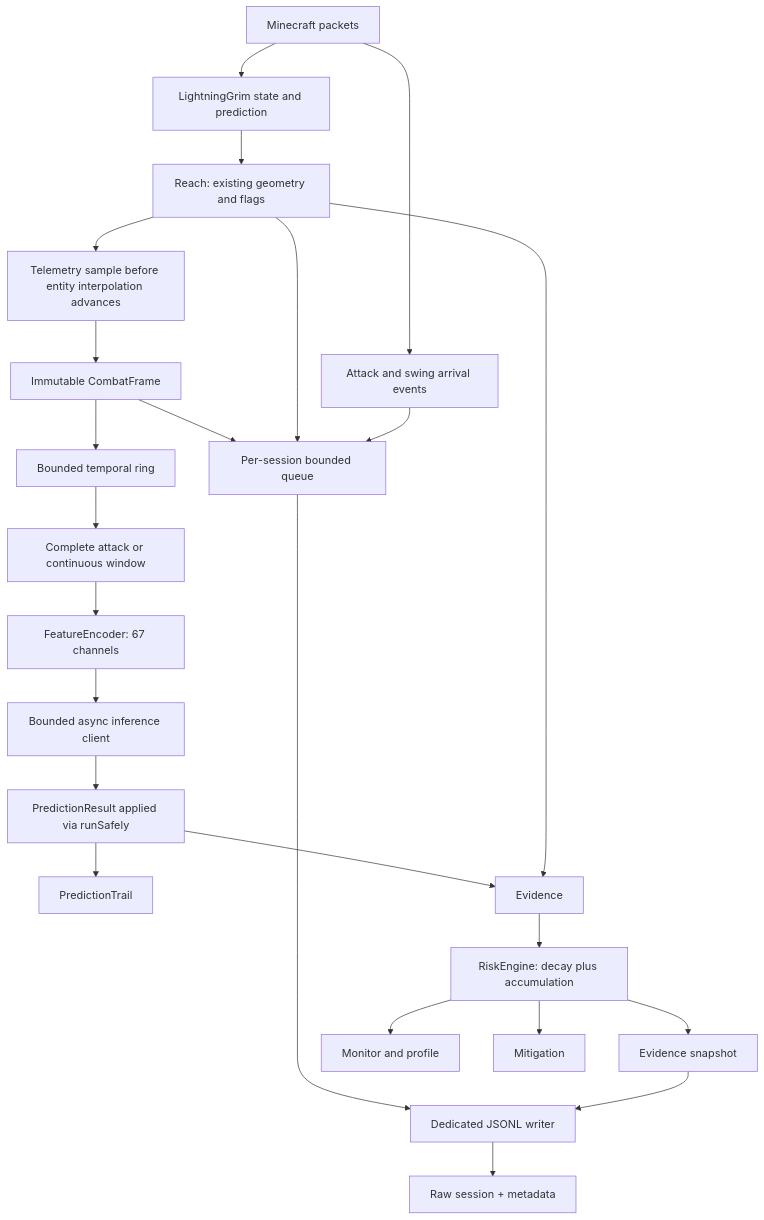
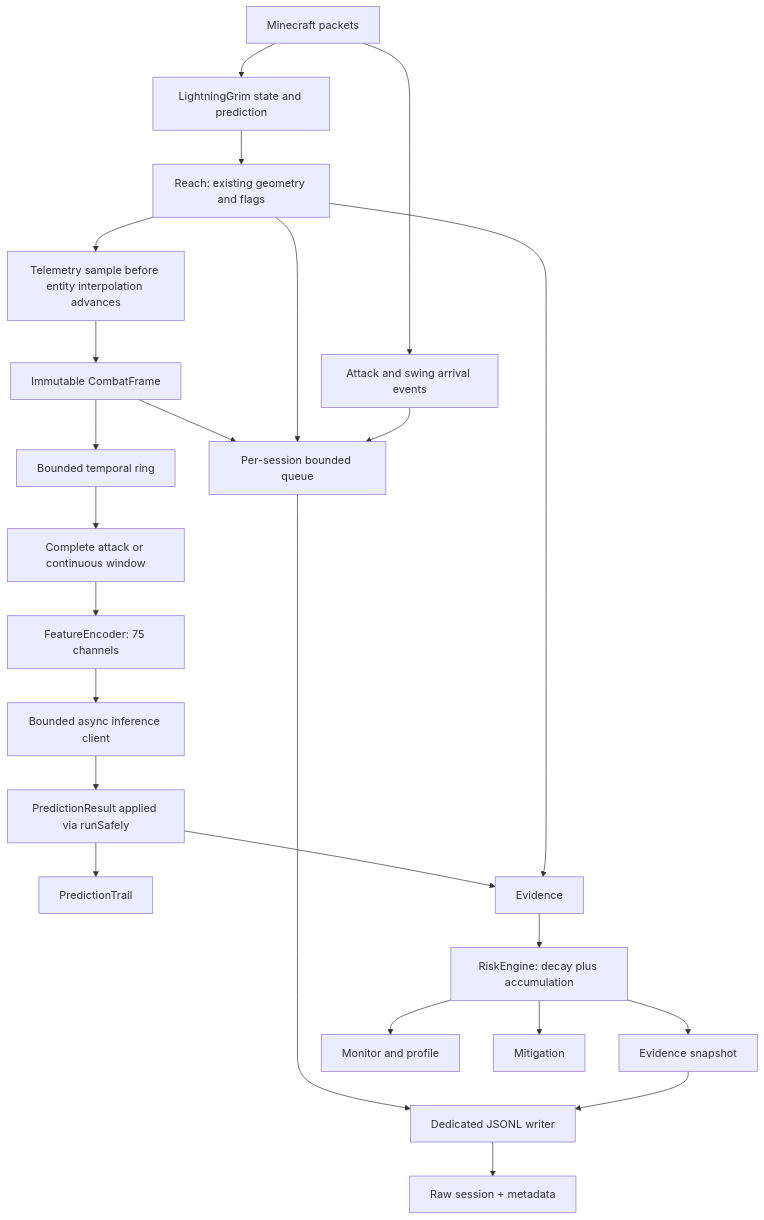
The diagram in docs/neural-architecture.md (colegiialas-prog/AeroAC), drawn with Mermaid before and after one commit. The commit also changed other lines of this file and 14 other files, not shown here.

First line of the commit message:
Feature schema v4: where the crosshair is relative to the target box

````diff
--- a/docs/neural-architecture.md
+++ b/docs/neural-architecture.md
@@ -161,26 +161,26 @@
 ```mermaid
 flowchart TD
   A[Minecraft packets] --> B[LightningGrim state and prediction]
   B --> R[Reach: existing geometry and flags]
   R --> C[Telemetry sample before entity interpolation advances]
   C --> D[Immutable CombatFrame]
   D --> E[Bounded temporal ring]
   D --> Q[Per-session bounded queue]
   R --> Q
   A --> F[Attack and swing arrival events]
   F --> Q
   Q --> W[Dedicated JSONL writer]
   W --> M[Raw session + metadata]
   E --> G[Complete attack or continuous window]
-  G --> X[FeatureEncoder: 67 channels]
+  G --> X[FeatureEncoder: 75 channels]
   X --> I[Bounded async inference client]
   I --> P[PredictionResult applied via runSafely]
   P --> T[PredictionTrail]
   P --> V[Evidence]
   R --> V
   V --> K[RiskEngine: decay plus accumulation]
   K --> S[Evidence snapshot]
   K --> N[Monitor and profile]
   K --> Z[Mitigation]
   S --> W
 ```
````
